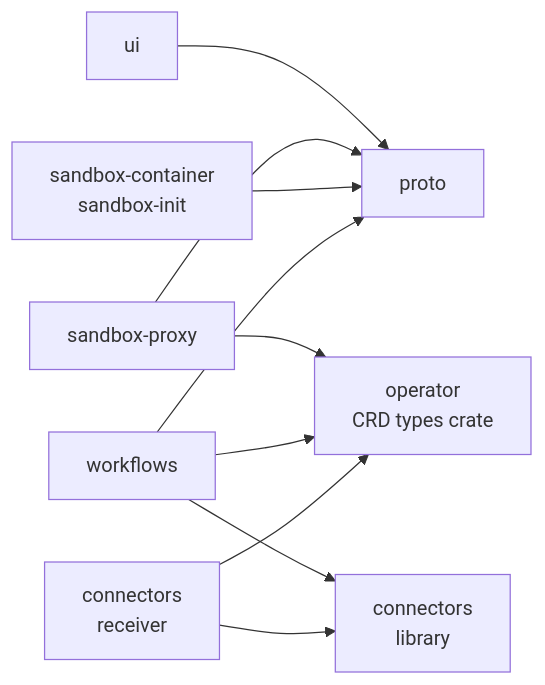
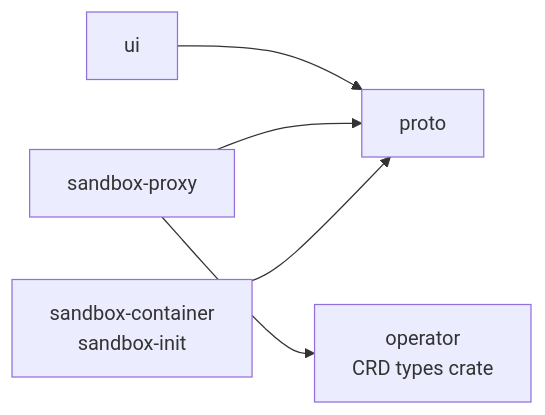
One commit to enzarb/enzarb changed the first of 2 diagrams in docs/architecture.md. Above: the diagram before and after it, drawn with Mermaid. The commit also changed other lines of this file and 619 other files, not shown here.

````diff
--- a/docs/architecture.md
+++ b/docs/architecture.md
@@ -27,15 +26,9 @@
 ```mermaid
 flowchart LR
   proto[proto]
   crds[operator<br/>CRD types crate]
-  conn[connectors<br/>library]
   ui[ui] --> proto
   px[sandbox-proxy] --> proto
   px --> crds
   init[sandbox-container<br/>sandbox-init] --> proto
-  wf[workflows] --> proto
-  wf --> conn
-  wf --> crds
-  rcv[connectors<br/>receiver] --> conn
-  rcv --> crds
 ```
````
